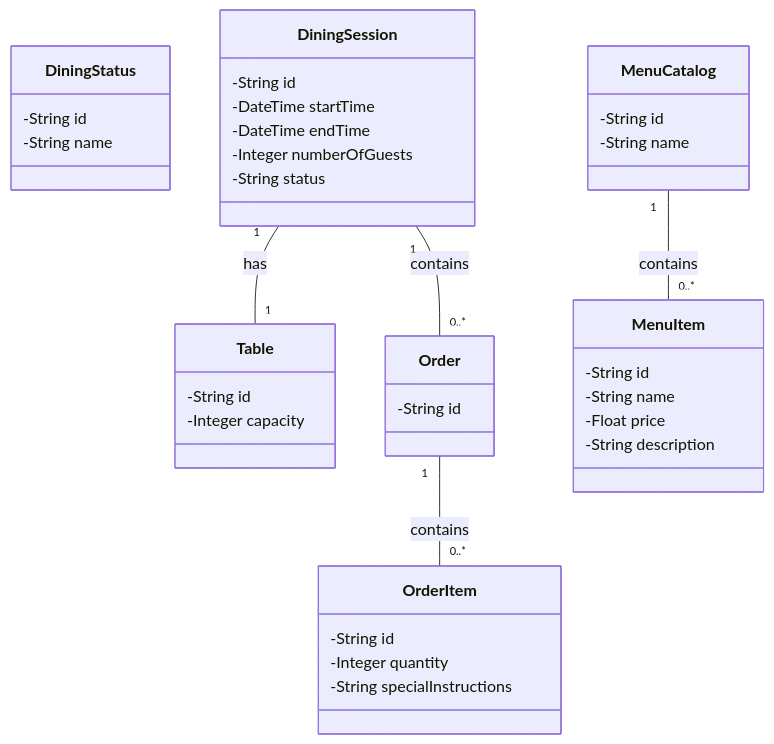
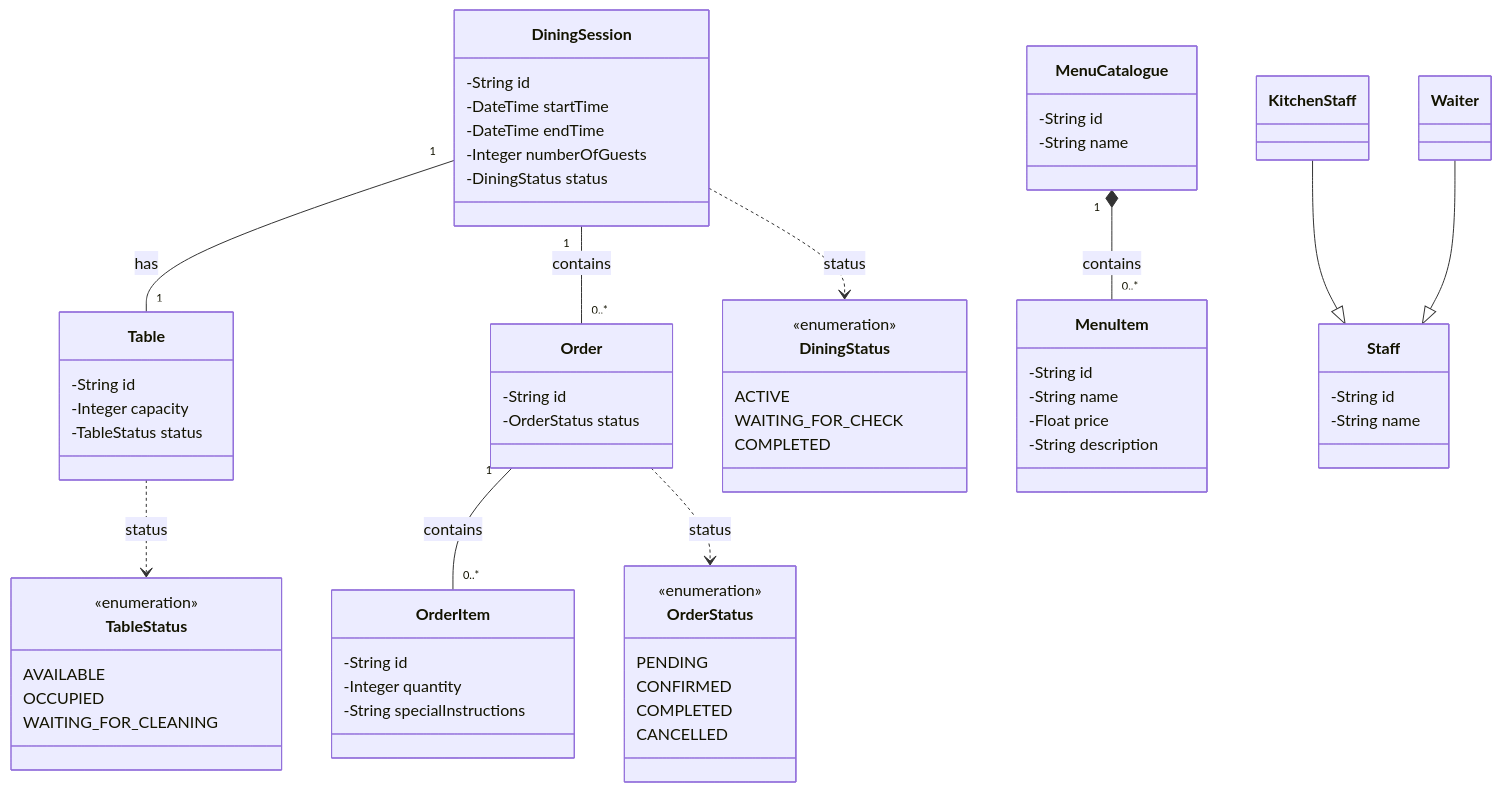
One commit to zawnaylin/gisma-advance-programming-assessment changed the diagram in docs/domain.mmd. Above: the diagram before and after it, drawn with Mermaid. The commit also changed 14 other files, not shown here.

```diff
--- a/docs/domain.mmd
+++ b/docs/domain.mmd
@@ -1,37 +1,67 @@
 classDiagram
     class Table
     Table: -String id
     Table: -Integer capacity
+    Table: -TableStatus status
+    Table ..> TableStatus: status
 
-    class DiningStatus
-    DiningStatus: -String id
-    DiningStatus: -String name
+    class TableStatus
+    <<enumeration>> TableStatus
+    TableStatus: AVAILABLE
+    TableStatus: OCCUPIED
+    TableStatus: WAITING_FOR_CLEANING
 
     class DiningSession
     DiningSession: -String id
     DiningSession: -DateTime startTime
     DiningSession: -DateTime endTime
     DiningSession: -Integer numberOfGuests
-    DiningSession: -String status
+    DiningSession: -DiningStatus status
     DiningSession "1" -- "1" Table: has
     DiningSession "1" -- "0..*" Order: contains
+    DiningSession ..> DiningStatus: status
 
-    class MenuCatalog
-    MenuCatalog: -String id
-    MenuCatalog: -String name
-    MenuCatalog "1" -- "0..*" MenuItem: contains
+    class DiningStatus
+    <<enumeration>> DiningStatus
+    DiningStatus: ACTIVE
+    DiningStatus: WAITING_FOR_CHECK
+    DiningStatus: COMPLETED
+
+    class MenuCatalogue
+    MenuCatalogue: -String id
+    MenuCatalogue: -String name
+    MenuCatalogue "1" *-- "0..*" MenuItem: contains
 
     class MenuItem
     MenuItem: -String id
     MenuItem: -String name
     MenuItem: -Float price
     MenuItem: -String description
 
     class Order
     Order: -String id
+    Order: -OrderStatus status
     Order "1" -- "0..*" OrderItem: contains
+    Order ..> OrderStatus: status
+
+    class OrderStatus
+    <<enumeration>> OrderStatus
+    OrderStatus: PENDING
+    OrderStatus: CONFIRMED
+    OrderStatus: COMPLETED
+    OrderStatus: CANCELLED
 
     class OrderItem
     OrderItem: -String id
     OrderItem: -Integer quantity
     OrderItem: -String specialInstructions
+
+    class Staff
+    Staff: -String id
+    Staff: -String name
+
+    class KitchenStaff
+    KitchenStaff --|> Staff
+
+    class Waiter
+    Waiter --|> Staff
```
